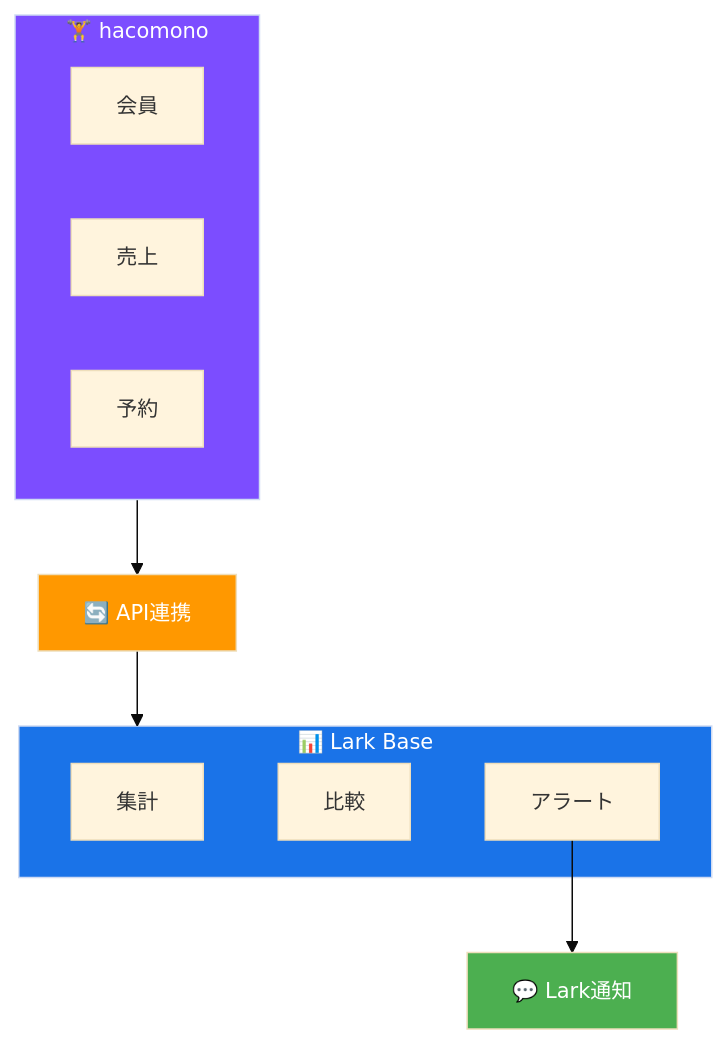
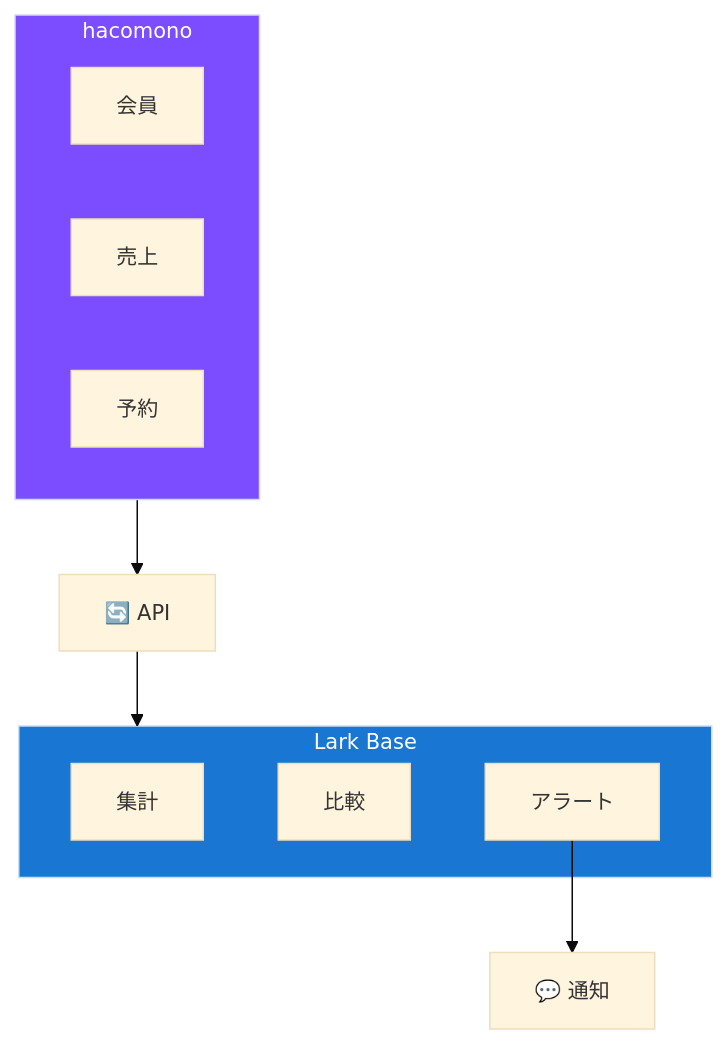
Diagram 15 of 15 in docs/FITPLACE_LARK_PROPOSAL.md (PLark-droid/lark-proposal), drawn with Mermaid before and after one commit. The commit also changed other lines of this file, not shown here.

First line of the commit message:
docs: redesign Mermaid diagrams for A4 portrait layout

````diff
--- a/docs/FITPLACE_LARK_PROPOSAL.md
+++ b/docs/FITPLACE_LARK_PROPOSAL.md
@@ -577,27 +545,25 @@
 ```mermaid
-%%{init: {'theme': 'base', 'themeVariables': { 'fontSize': '14px'}}}%%
+%%{init: {'theme': 'base', 'themeVariables': {'fontSize': '14px'}}}%%
 flowchart TB
-    subgraph HC["🏋️ hacomono"]
+    subgraph hc["hacomono"]
         H1["会員"]
         H2["売上"]
         H3["予約"]
     end
 
-    API["🔄 API連携"]
+    API["🔄 API"]
 
-    subgraph LB["📊 Lark Base"]
+    subgraph lb["Lark Base"]
         L1["集計"]
         L2["比較"]
         L3["アラート"]
     end
 
-    NT["💬 Lark通知"]
+    NT["💬 通知"]
 
-    HC --> API --> LB
+    hc --> API --> lb
     L3 --> NT
 
-    style HC fill:#7c4dff,color:#fff
-    style API fill:#ff9800,color:#fff
-    style LB fill:#1a73e8,color:#fff
-    style NT fill:#4caf50,color:#fff
+    style hc fill:#7c4dff,color:#fff
+    style lb fill:#1976d2,color:#fff
 ```
````
